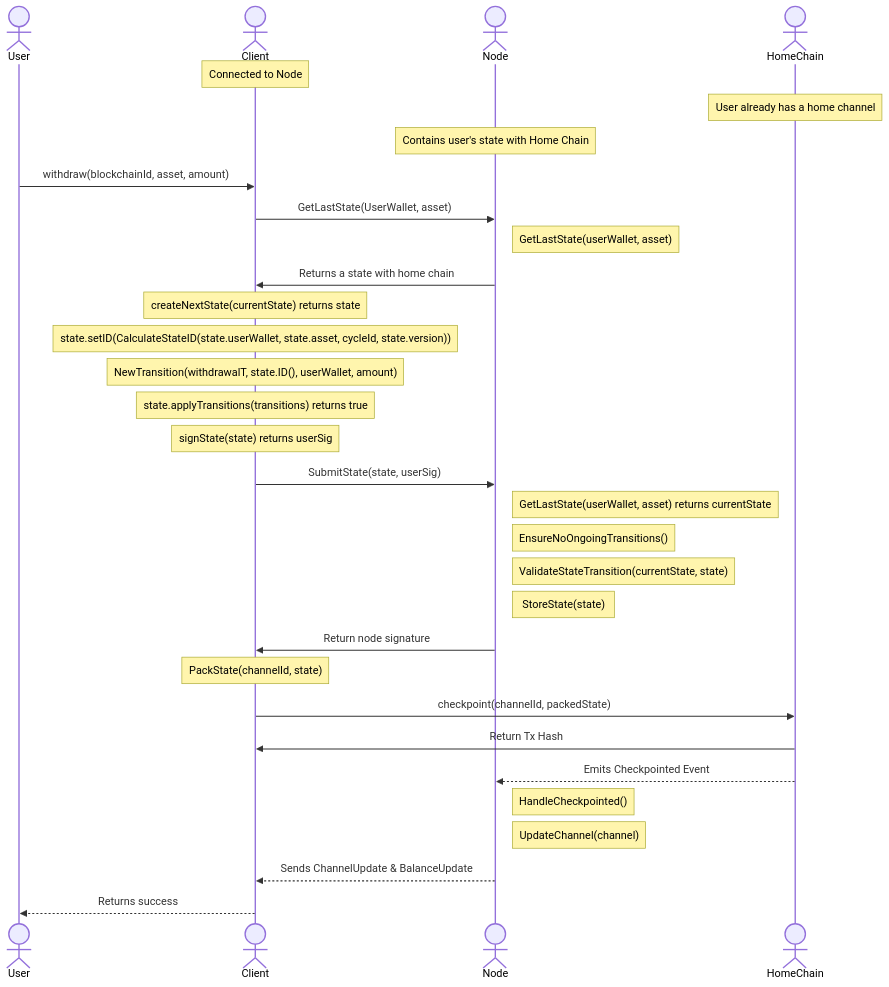
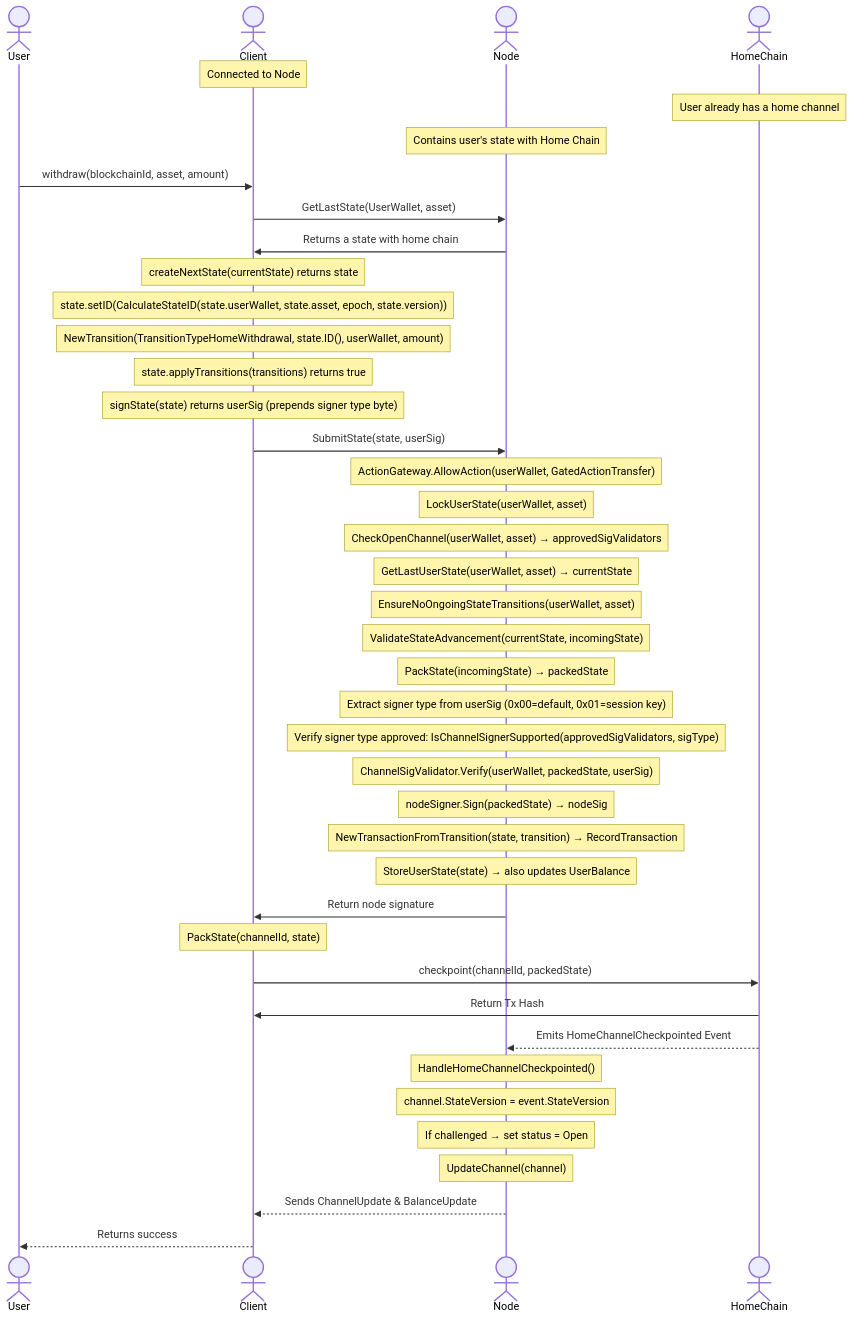
One commit to erc7824/nitrolite changed the diagram in docs/communication_flows/home_chan_withdraw.mmd. Above: the diagram before and after it, drawn with Mermaid. The commit also changed other lines of this file and 9 other files, not shown here.

First line of the commit message:
YNU-829: Update Data Models and Communication Flows diagrams (#616)

```diff
--- a/docs/communication_flows/home_chan_withdraw.mmd
+++ b/docs/communication_flows/home_chan_withdraw.mmd
@@ -1,35 +1,44 @@
 sequenceDiagram
         actor User
         actor Client
         actor Node
         actor HomeChain
         Note over Client: Connected to Node
         Note over HomeChain: User already has a home channel
-        Note over Node: Contains user's state with Home Chain 
+        Note over Node: Contains user's state with Home Chain
 
         User->>Client: withdraw(blockchainId, asset, amount)
         Client->>Node: GetLastState(UserWallet, asset)
-        Note right of Node: GetLastState(userWallet, asset)
         Node->>Client: Returns a state with home chain
-        %% Note over Client: Check current state transitions
         Note over Client: createNextState(currentState) returns state
-        Note over Client: state.setID(CalculateStateID(state.userWallet, state.asset, cycleId, state.version))
-        Note over Client: NewTransition(withdrawalT, state.ID(), userWallet, amount)
+        Note over Client: state.setID(CalculateStateID(state.userWallet, state.asset, epoch, state.version))
+        Note over Client: NewTransition(TransitionTypeHomeWithdrawal, state.ID(), userWallet, amount)
         Note over Client: state.applyTransitions(transitions) returns true
-        Note over Client: signState(state) returns userSig
+        Note over Client: signState(state) returns userSig (prepends signer type byte)
 
         Client->>Node: SubmitState(state, userSig)
-        Note right of Node: GetLastState(userWallet, asset) returns currentState
-        Note right of Node: EnsureNoOngoingTransitions()
-        Note right of Node: ValidateStateTransition(currentState, state)
-        Note right of Node: StoreState(state)
+        Note over Node: ActionGateway.AllowAction(userWallet, GatedActionTransfer)
+        Note over Node: LockUserState(userWallet, asset)
+        Note over Node: CheckOpenChannel(userWallet, asset) → approvedSigValidators
+        Note over Node: GetLastUserState(userWallet, asset) → currentState
+        Note over Node: EnsureNoOngoingStateTransitions(userWallet, asset)
+        Note over Node: ValidateStateAdvancement(currentState, incomingState)
+        Note over Node: PackState(incomingState) → packedState
+        Note over Node: Extract signer type from userSig (0x00=default, 0x01=session key)
+        Note over Node: Verify signer type approved: IsChannelSignerSupported(approvedSigValidators, sigType)
+        Note over Node: ChannelSigValidator.Verify(userWallet, packedState, userSig)
+        Note over Node: nodeSigner.Sign(packedState) → nodeSig
+        Note over Node: NewTransactionFromTransition(state, transition) → RecordTransaction
+        Note over Node: StoreUserState(state) → also updates UserBalance
         Node->>Client: Return node signature
 
         Note over Client: PackState(channelId, state)
         Client->>HomeChain: checkpoint(channelId, packedState)
         HomeChain->>Client: Return Tx Hash
-        HomeChain-->>Node: Emits Checkpointed Event
-        Note right of Node: HandleCheckpointed()
-        Note right of Node: UpdateChannel(channel)
+        HomeChain-->>Node: Emits HomeChannelCheckpointed Event
+        Note over Node: HandleHomeChannelCheckpointed()
+        Note over Node: channel.StateVersion = event.StateVersion
+        Note over Node: If challenged → set status = Open
+        Note over Node: UpdateChannel(channel)
         Node-->>Client: Sends ChannelUpdate & BalanceUpdate
         Client-->>User: Returns success
```
